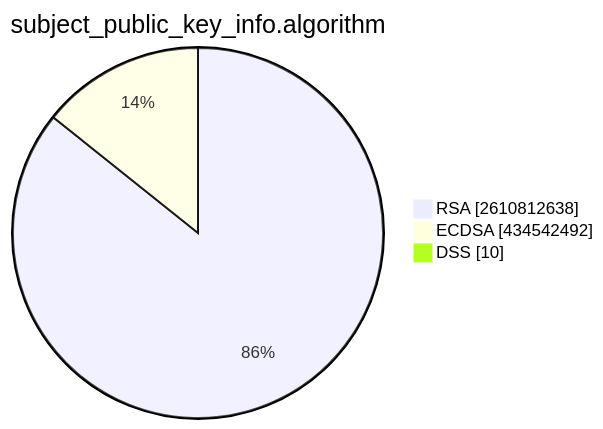
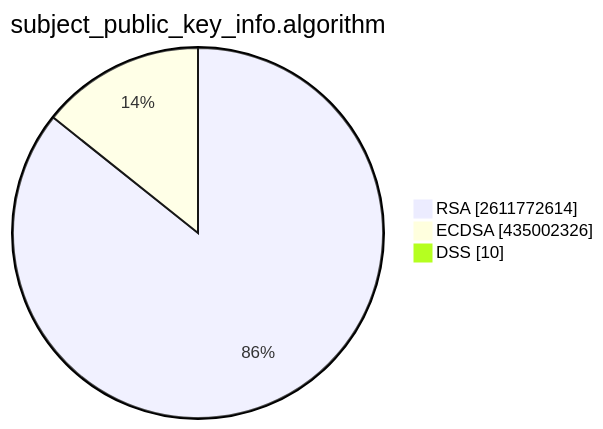
The second of 15 diagrams in TOTAL/README.md (christiankrug/ctmonitor_visualization), drawn with Mermaid before and after one commit. The commit also changed other lines of this file, not shown here.

````diff
--- a/TOTAL/README.md
+++ b/TOTAL/README.md
@@ -6,7 +6,7 @@
 ```mermaid
 pie showData
 title subject_public_key_info.algorithm
-"RSA" :2610812638
-"ECDSA" :434542492
+"RSA" :2611772614
+"ECDSA" :435002326
 "DSS" :10
 ```
````
